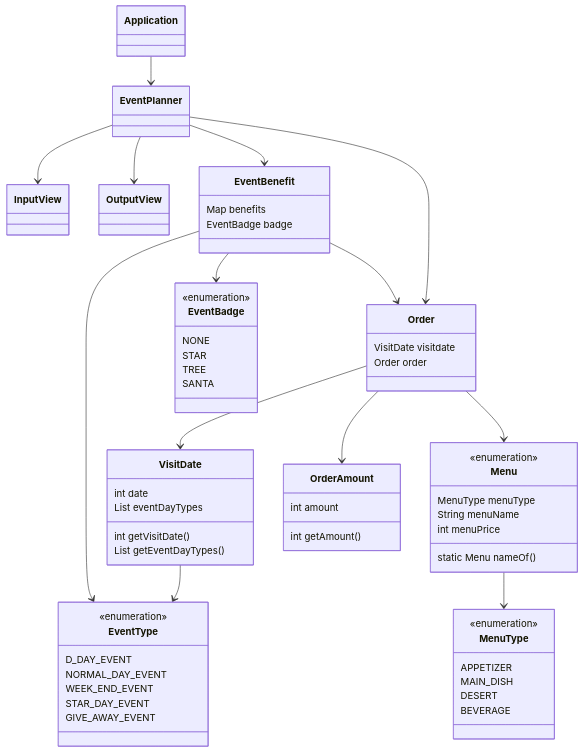
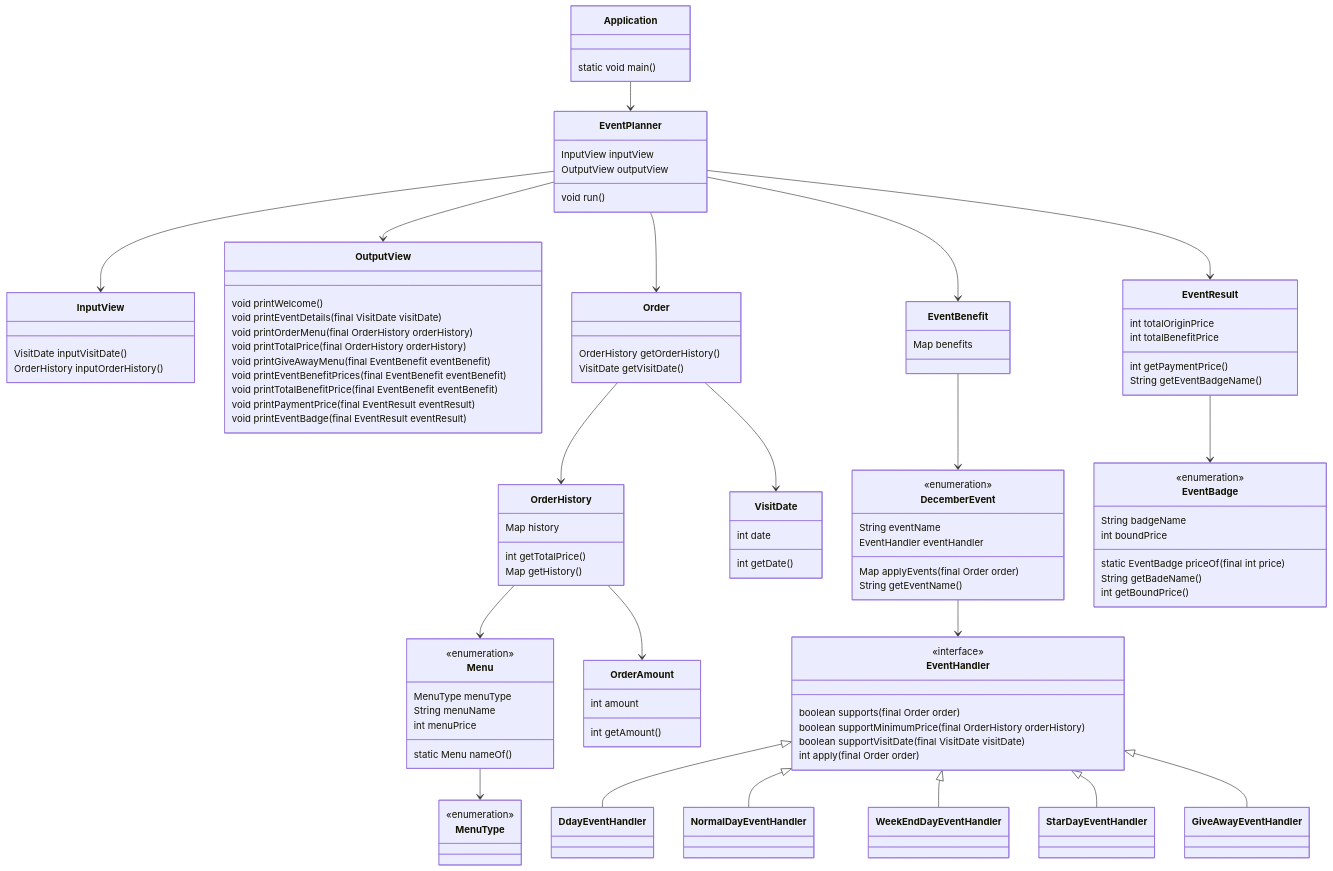
Before and after one commit to onetuks/java-christmas-6-SeYoE: the diagram in docs/class_diagram.mermaid, drawn with Mermaid. The commit also changed 1 other file, not shown here.

Commit message:
Docs: 수정사항 클래스 다이어그램 반영

```diff
--- a/docs/class_diagram.mermaid
+++ b/docs/class_diagram.mermaid
@@ -1,70 +1,110 @@
 classDiagram
-    class Application
+    class Application {
+        static void main()
+    }
     Application --> EventPlanner
 
-    class EventPlanner
+    class EventPlanner {
+        InputView inputView
+        OutputView outputView
+        void run()
+    }
     EventPlanner --> InputView
     EventPlanner --> OutputView
     EventPlanner --> Order
     EventPlanner --> EventBenefit
-    class InputView
-    class OutputView
+    EventPlanner --> EventResult
+    class InputView {
+        VisitDate inputVisitDate()
+        OrderHistory inputOrderHistory()
+    }
+    class OutputView {
+        void printWelcome()
+        void printEventDetails(final VisitDate visitDate)
+        void printOrderMenu(final OrderHistory orderHistory)
+        void printTotalPrice(final OrderHistory orderHistory)
+        void printGiveAwayMenu(final EventBenefit eventBenefit)
+        void printEventBenefitPrices(final EventBenefit eventBenefit)
+        void printTotalBenefitPrice(final EventBenefit eventBenefit)
+        void printPaymentPrice(final EventResult eventResult)
+        void printEventBadge(final EventResult eventResult)
+    }
 
     class Order {
-        VisitDate visitdate
-        Order order
+        OrderHistory getOrderHistory()
+        VisitDate getVisitDate()
     }
+    Order --> OrderHistory
     Order --> VisitDate
-
     class VisitDate {
         int date
-        List<EventDayType> eventDayTypes
-        int getVisitDate()
-        List<EventType> getEventDayTypes()
+        int getDate()
     }
-    VisitDate --> EventType
-
-    Order --> Menu
-    Order --> OrderAmount
+    class OrderHistory {
+        Map<Menu, OrderAmount> history
+        int getTotalPrice()
+        Map<Menu, OrderAmount> getHistory()
+    }
+    OrderHistory --> Menu
+    OrderHistory --> OrderAmount
     class OrderAmount {
         int amount
         int getAmount()
     }
     class Menu {
         <<enumeration>>
         MenuType menuType
         String menuName
         int menuPrice
         static Menu nameOf()
     }
     Menu --> MenuType
     class MenuType {
         <<enumeration>>
-        APPETIZER
-        MAIN_DISH
-        DESERT
-        BEVERAGE
     }
 
     class EventBenefit {
-        Map<EventType, Integer> benefits
-        EventBadge badge
+        Map<DecemberEvent, Integer> benefits
     }
-    EventBenefit --> Order
-    EventBenefit --> EventType
-    EventBenefit --> EventBadge
-    class EventType {
+    EventBenefit --> DecemberEvent
+    class DecemberEvent {
         <<enumeration>>
-        D_DAY_EVENT
-        NORMAL_DAY_EVENT
-        WEEK_END_EVENT
-        STAR_DAY_EVENT
-        GIVE_AWAY_EVENT
+        String eventName
+        EventHandler eventHandler
+        Map<DecemberEvent, Integer> applyEvents(final Order order)
+        String getEventName()
     }
+    DecemberEvent --> EventHandler
+    class EventHandler {
+        <<interface>>
+        boolean supports(final Order order)
+        boolean supportMinimumPrice(final OrderHistory orderHistory)
+        boolean supportVisitDate(final VisitDate visitDate)
+        int apply(final Order order)
+    }
+    EventHandler <|-- DdayEventHandler
+    EventHandler <|-- NormalDayEventHandler
+    EventHandler <|-- WeekEndDayEventHandler
+    EventHandler <|-- StarDayEventHandler
+    EventHandler <|-- GiveAwayEventHandler
+    class DdayEventHandler
+    class NormalDayEventHandler
+    class WeekEndDayEventHandler
+    class StarDayEventHandler
+    class GiveAwayEventHandler
+
+    class EventResult {
+        int totalOriginPrice
+        int totalBenefitPrice
+        int getPaymentPrice()
+        String getEventBadgeName()
+    }
+    EventResult --> EventBadge
     class EventBadge {
         <<enumeration>>
-        NONE
-        STAR
-        TREE
-        SANTA
+        String badgeName
+        int boundPrice
+        static EventBadge priceOf(final int price)
+        String getBadeName()
+        int getBoundPrice()
     }
```
